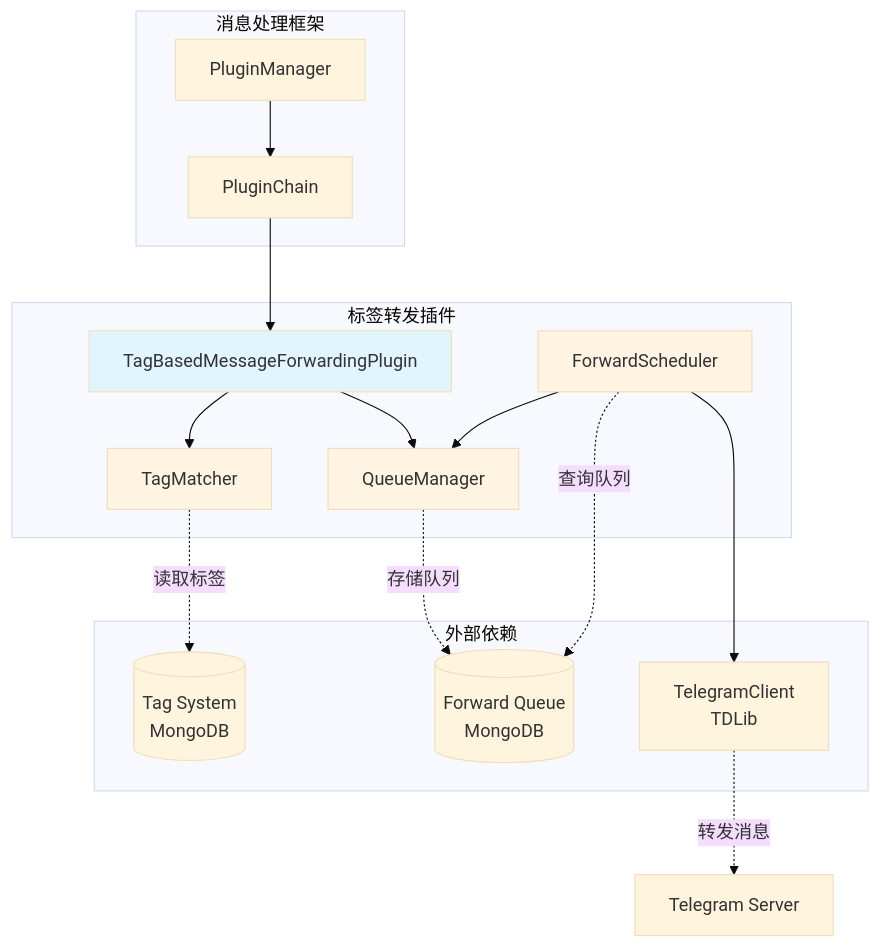
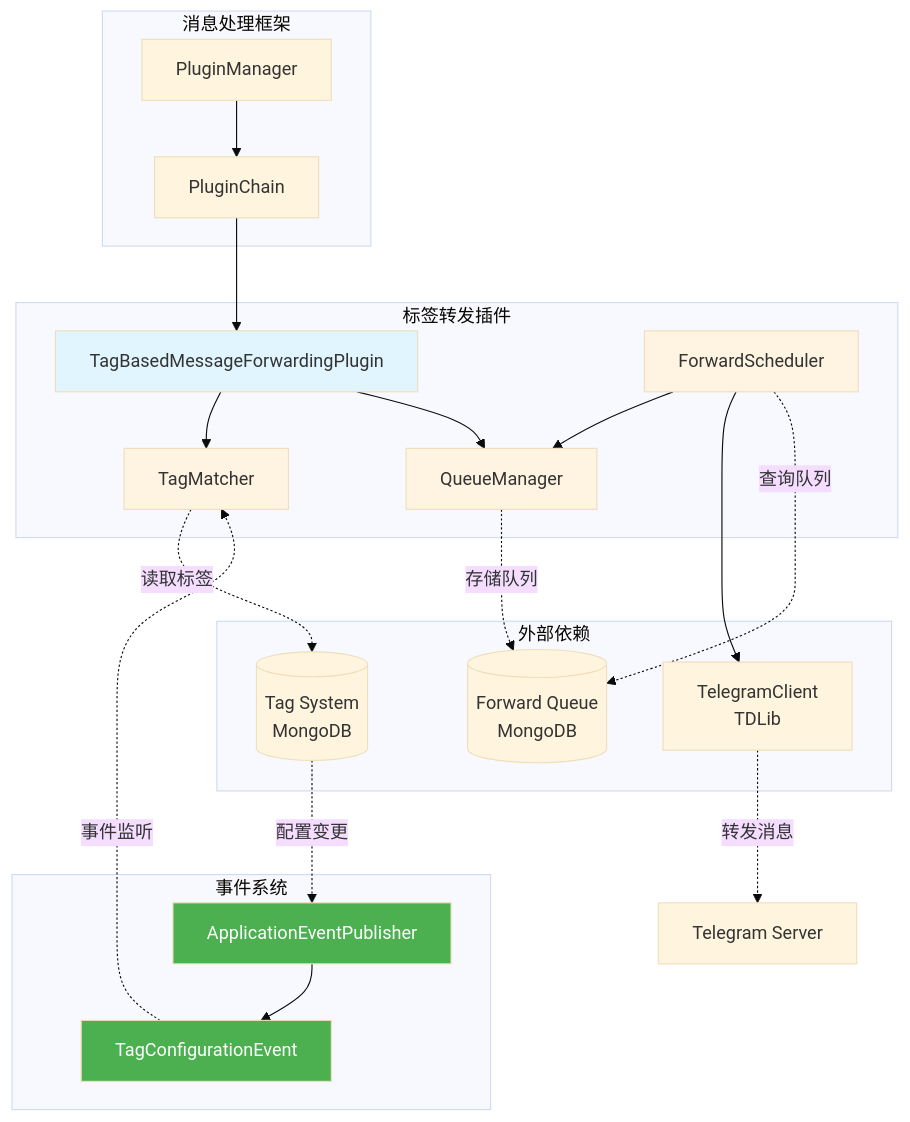
Before and after one commit to tianlovo/CocoMonyaB: diagram 21 of 27 in docs/arch/消息处理流程图.md, drawn with Mermaid (base theme). The commit also changed other lines of this file and 1 other file, not shown here.

````diff
--- a/docs/arch/消息处理流程图.md
+++ b/docs/arch/消息处理流程图.md
@@ -1762,37 +1762,48 @@
 ```mermaid
 graph TB
     subgraph "消息处理框架"
         PM[PluginManager]
         PC[PluginChain]
     end
     
     subgraph "标签转发插件"
         TBMFP[TagBasedMessageForwardingPlugin]
         TM[TagMatcher]
         QM[QueueManager]
         FS[ForwardScheduler]
     end
     
     subgraph "外部依赖"
         TS[(Tag System<br/>MongoDB)]
         FQ[(Forward Queue<br/>MongoDB)]
         TC[TelegramClient<br/>TDLib]
     end
     
+    subgraph "事件系统"
+        EP[ApplicationEventPublisher]
+        TCE[TagConfigurationEvent]
+    end
+    
     PM --> PC
     PC --> TBMFP
     TBMFP --> TM
     TBMFP --> QM
     FS --> QM
     FS --> TC
     
     TM -.读取标签.-> TS
     QM -.存储队列.-> FQ
     FS -.查询队列.-> FQ
     TC -.转发消息.-> Telegram[Telegram Server]
     
+    TS -.配置变更.-> EP
+    EP --> TCE
+    TCE -.事件监听.-> TM
+    
     style TBMFP fill:#e1f5ff
     style TM fill:#fff4e1
     style QM fill:#fff4e1
     style FS fill:#fff4e1
+    style EP fill:#4caf50,color:#fff
+    style TCE fill:#4caf50,color:#fff
 ```
````
